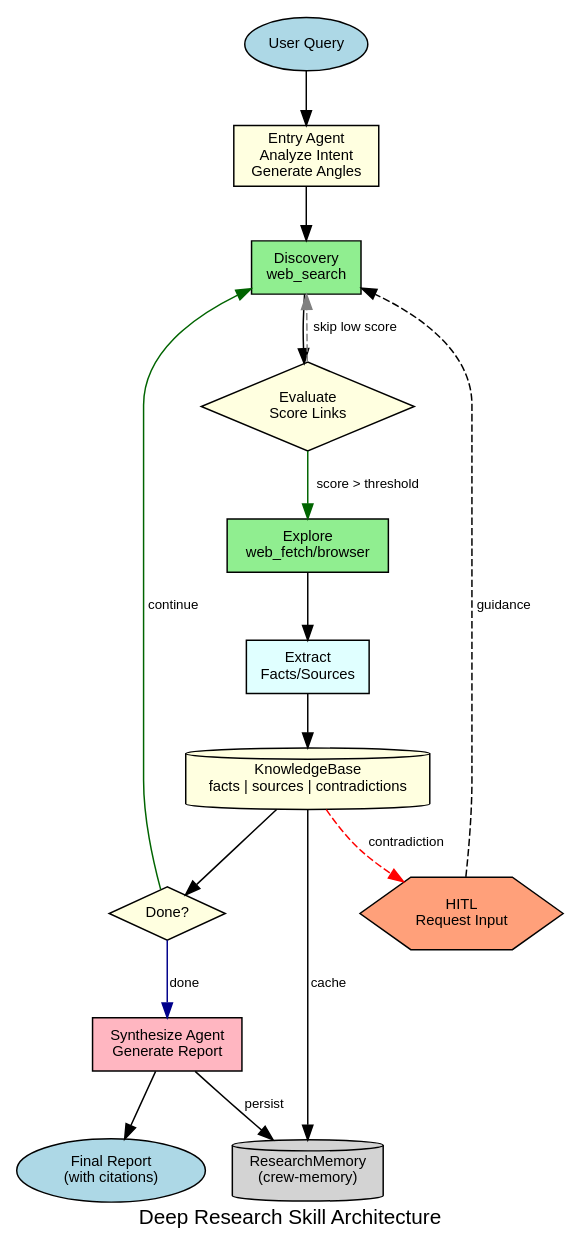
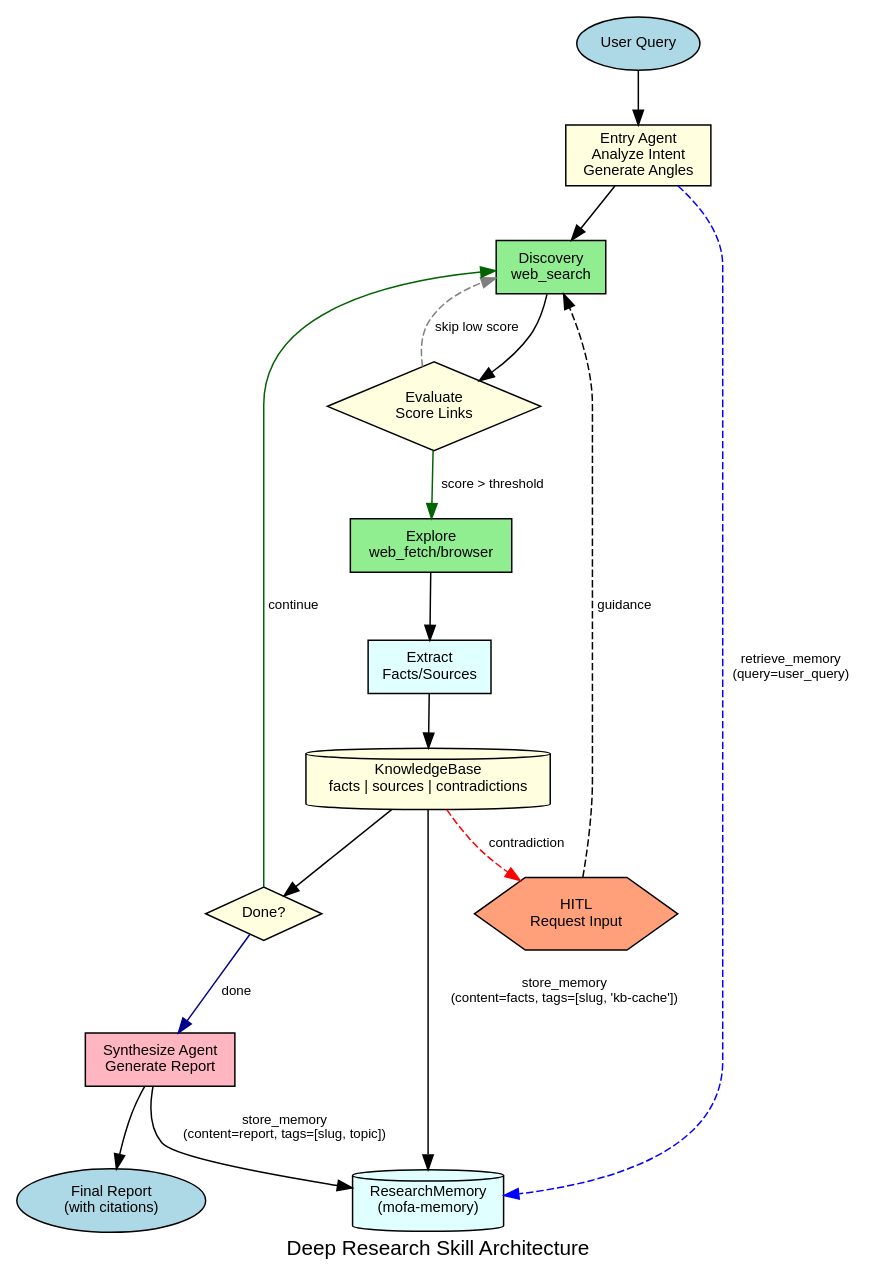
One commit to cnbison/mofa-skills changed the diagram in mofa-research-2.0/architecture.dot. Above: the diagram before and after it, drawn with Graphviz. The commit also changed 12 other files, not shown here.

First line of the commit message:
feat(mofa-memory): add persistent vector memory skill

```diff
--- a/mofa-research-2.0/architecture.dot
+++ b/mofa-research-2.0/architecture.dot
@@ -1,51 +1,52 @@
 digraph DeepResearchArchitecture {
     graph [label="Deep Research Skill Architecture", fontsize=14, fontname="Helvetica"]
     node [shape=box, fontname="Helvetica", fontsize=10]
     edge [fontname="Helvetica", fontsize=9]
 
     // Entry
     User [label="User Query", shape=ellipse, fillcolor=lightblue, style=filled]
     Entry [label="Entry Agent\nAnalyze Intent\nGenerate Angles", fillcolor=lightyellow, style=filled]
 
     // Exploration Loop
     Discovery [label="Discovery\nweb_search", fillcolor=lightgreen, style=filled]
     Evaluate [label="Evaluate\nScore Links", shape=diamond, fillcolor=lightyellow, style=filled]
     Explore [label="Explore\nweb_fetch/browser", fillcolor=lightgreen, style=filled]
     Extract [label="Extract\nFacts/Sources", fillcolor=lightcyan, style=filled]
 
     // Knowledge
     KB [label="KnowledgeBase\nfacts | sources | contradictions", shape=cylinder, fillcolor=lightyellow, style=filled]
     Check [label="Done?", shape=diamond, fillcolor=lightyellow, style=filled]
 
     // Synthesis
     Synthesize [label="Synthesize Agent\nGenerate Report", fillcolor=lightpink, style=filled]
     Report [label="Final Report\n(with citations)", shape=ellipse, fillcolor=lightblue, style=filled]
 
-    // Memory
-    Memory [label="ResearchMemory\n(crew-memory)", shape=cylinder, fillcolor=lightgray, style=filled]
+    // Memory (implemented by mofa-memory skill)
+    Memory [label="ResearchMemory\n(mofa-memory)", shape=cylinder, fillcolor=lightcyan, style=filled]
 
     // HITL
     HITL [label="HITL\nRequest Input", shape=hexagon, fillcolor=lightsalmon, style=filled]
 
     // Edges
     User -> Entry
+    Entry -> Memory [label="retrieve_memory\n(query=user_query)", style=dashed, color=blue]
     Entry -> Discovery
 
     Discovery -> Evaluate
     Evaluate -> Explore [label="score > threshold", color=darkgreen]
     Evaluate -> Discovery [label="skip low score", style=dashed, color=gray]
 
     Explore -> Extract
     Extract -> KB
 
     KB -> Check
     Check -> Discovery [label="continue", color=darkgreen]
     Check -> Synthesize [label="done", color=darkblue]
 
     KB -> HITL [label="contradiction", style=dashed, color=red]
     HITL -> Discovery [label="guidance", style=dashed]
 
     Synthesize -> Report
-    Synthesize -> Memory [label="persist"]
-    KB -> Memory [label="cache"]
+    Synthesize -> Memory [label="store_memory\n(content=report, tags=[slug, topic])"]
+    KB -> Memory [label="store_memory\n(content=facts, tags=[slug, 'kb-cache'])"]
 }
```
